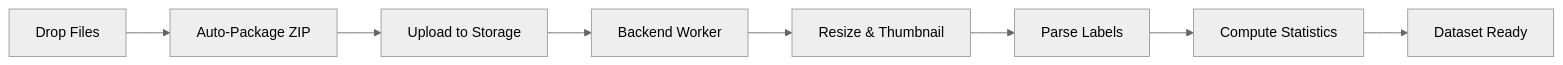
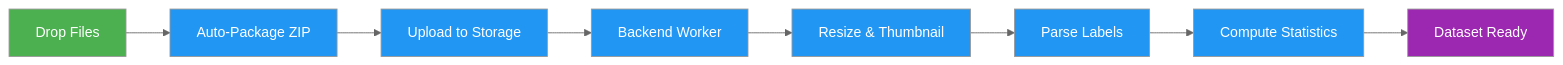
The second of 3 diagrams in Backend/ObjectDetection/ultralytics/docs/en/platform/quickstart.md (TEXTaiLES/AmalthAI), drawn with Mermaid (neutral theme) before and after one commit. The commit also changed other lines of this file and 943 other files, not shown here.

````diff
--- a/Backend/ObjectDetection/ultralytics/docs/en/platform/quickstart.md
+++ b/Backend/ObjectDetection/ultralytics/docs/en/platform/quickstart.md
@@ -177,10 +178,14 @@
 ```mermaid
 graph LR
-    A[Drop Files] --> B[Auto-Package ZIP]
-    B --> C[Upload to Storage]
-    C --> D[Backend Worker]
-    D --> E[Resize & Thumbnail]
-    E --> F[Parse Labels]
-    F --> G[Compute Statistics]
-    G --> H[Dataset Ready]
+    A[Drop Files]:::start --> B[Auto-Package ZIP]:::proc
+    B --> C[Upload to Storage]:::proc
+    C --> D[Backend Worker]:::proc
+    D --> E[Resize & Thumbnail]:::proc
+    E --> F[Parse Labels]:::proc
+    F --> G[Compute Statistics]:::proc
+    G --> H[Dataset Ready]:::out
+
+    classDef start fill:#4CAF50,color:#fff
+    classDef proc fill:#2196F3,color:#fff
+    classDef out fill:#9C27B0,color:#fff
 ```
````
